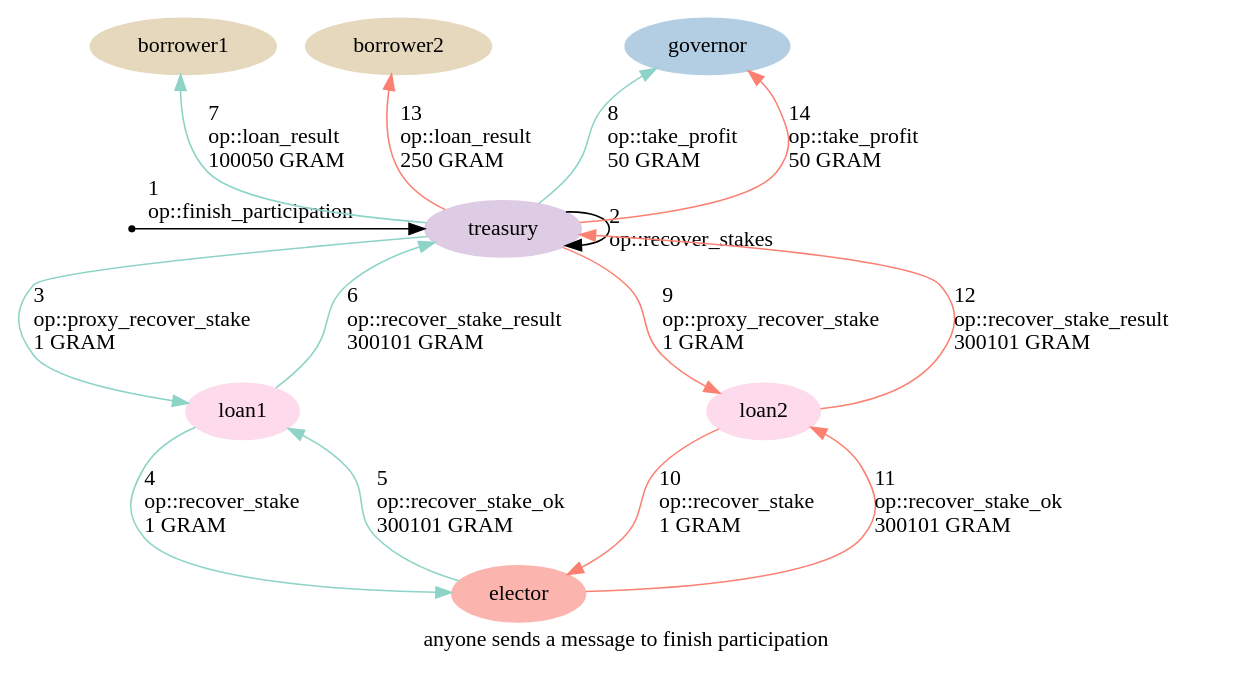
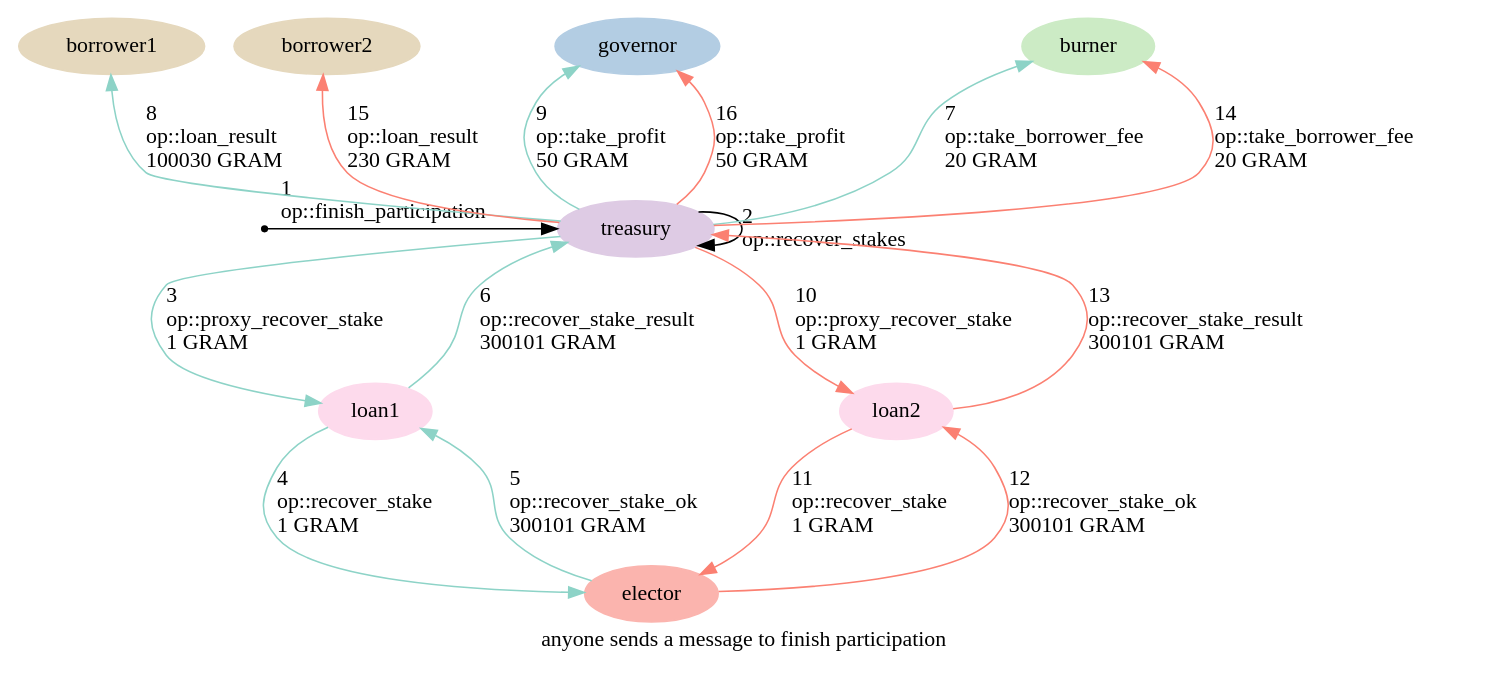
One commit to HipoFinance/contract changed the diagram in graphs/07-finish-participation.dot. Above: the diagram before and after it, drawn with Graphviz. The commit also changed 42 other files, not shown here.

```diff
--- a/graphs/07-finish-participation.dot
+++ b/graphs/07-finish-participation.dot
@@ -1,36 +1,43 @@
 digraph {
     label="anyone sends a message to finish participation"
     node [ colorscheme=pastel19 style=filled ]
     edge [ colorscheme=set39 ]
 
     /* Entities */
     external [ shape=point ]
     treasury [ color=4 ]
     loan1, loan2 [ color=8 ]
     elector [ color=1 ]
     borrower1, borrower2 [ color=7 ]
     governor [ color=2 ]
+    burner [ color=3 ]
 
     /* Relationships */
     external -> treasury [ label="1\l op::finish_participation\l" ]
     treasury -> treasury [ label="2\l op::recover_stakes\l" ]
 
     treasury -> loan1 [ label="3\l op::proxy_recover_stake\l 1 GRAM\l" color=1 ]
     loan1 -> elector [ label="4\l op::recover_stake\l 1 GRAM\l" color=1 ]
     elector -> loan1 [ label="5\l op::recover_stake_ok\l 300101 GRAM\l" color=1 ]
     loan1 -> treasury [ label="6\l op::recover_stake_result\l 300101 GRAM\l" color=1 ]
-    treasury -> borrower1 [ label="7\l op::loan_result\l 100050 GRAM\l" color=1 ]
-    treasury -> governor [ label="8\l op::take_profit\l 50 GRAM\l" color=1 ]
+    treasury -> burner [ label="7\l op::take_borrower_fee\l 20 GRAM\l" color=1 ]
+    treasury -> borrower1 [ label="8\l op::loan_result\l 100030 GRAM\l" color=1 ]
+    treasury -> governor [ label="9\l op::take_profit\l 50 GRAM\l" color=1 ]
 
-    treasury -> loan2 [ label="9\l op::proxy_recover_stake\l 1 GRAM\l" color=4 ]
-    loan2 -> elector [ label="10\l op::recover_stake\l 1 GRAM\l" color=4 ]
-    elector -> loan2 [ label="11\l op::recover_stake_ok\l 300101 GRAM\l" color=4 ]
-    loan2 -> treasury [ label="12\l op::recover_stake_result\l 300101 GRAM\l" color=4 ]
-    treasury -> borrower2 [ label="13\l op::loan_result\l 250 GRAM\l" color=4 ]
-    treasury -> governor [ label="14\l op::take_profit\l 50 GRAM\l" color=4 ]
+    treasury -> loan2 [ label="10\l op::proxy_recover_stake\l 1 GRAM\l" color=4 ]
+    loan2 -> elector [ label="11\l op::recover_stake\l 1 GRAM\l" color=4 ]
+    elector -> loan2 [ label="12\l op::recover_stake_ok\l 300101 GRAM\l" color=4 ]
+    loan2 -> treasury [ label="13\l op::recover_stake_result\l 300101 GRAM\l" color=4 ]
+    treasury -> burner [ label="14\l op::take_borrower_fee\l 20 GRAM\l" color=4 ]
+    treasury -> borrower2 [ label="15\l op::loan_result\l 230 GRAM\l" color=4 ]
+    treasury -> governor [ label="16\l op::take_profit\l 50 GRAM\l" color=4 ]
+
+    /* take_borrower_fee is sent only while borrower_fee is non-zero, and always before take_profit:
+       take_profit sweeps the unreserved balance, so anything left implicit would go to the governor
+       instead of the burner. */
 
     /* Ranks */
-    { rank=min borrower1 borrower2 governor }
+    { rank=min borrower1 borrower2 governor burner }
     { rank=same external treasury }
     { rank=max elector }
 }
```
